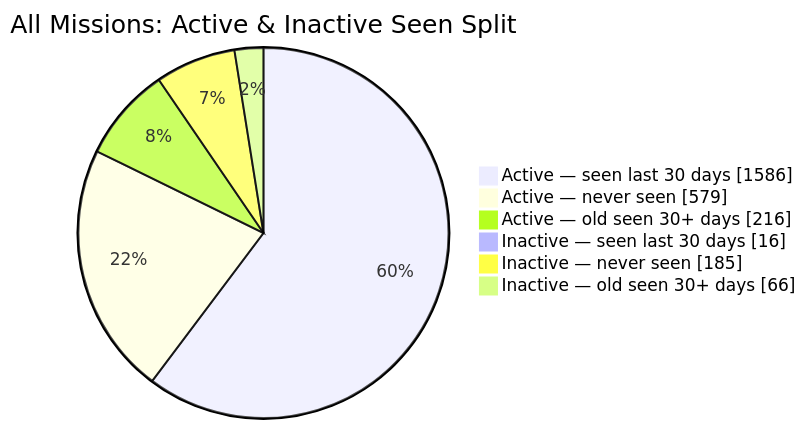
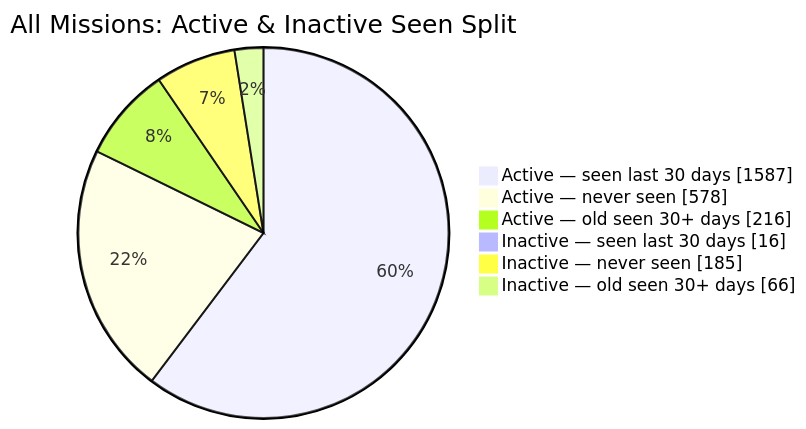
Before and after one commit to MeldkamerspelGameTeam/active-missions: the second of 2 diagrams in README.md, drawn with Mermaid. The commit also changed other lines of this file and 2 other files, not shown here.

````diff
--- a/README.md
+++ b/README.md
@@ -44,10 +44,10 @@
 ```mermaid
 pie showData
     title All Missions: Active & Inactive Seen Split
-    "Active — seen last 30 days" : 1586
-    "Active — never seen" : 579
+    "Active — seen last 30 days" : 1587
+    "Active — never seen" : 578
     "Active — old seen 30+ days" : 216
     "Inactive — seen last 30 days" : 16
     "Inactive — never seen" : 185
     "Inactive — old seen 30+ days" : 66
 ```
````
